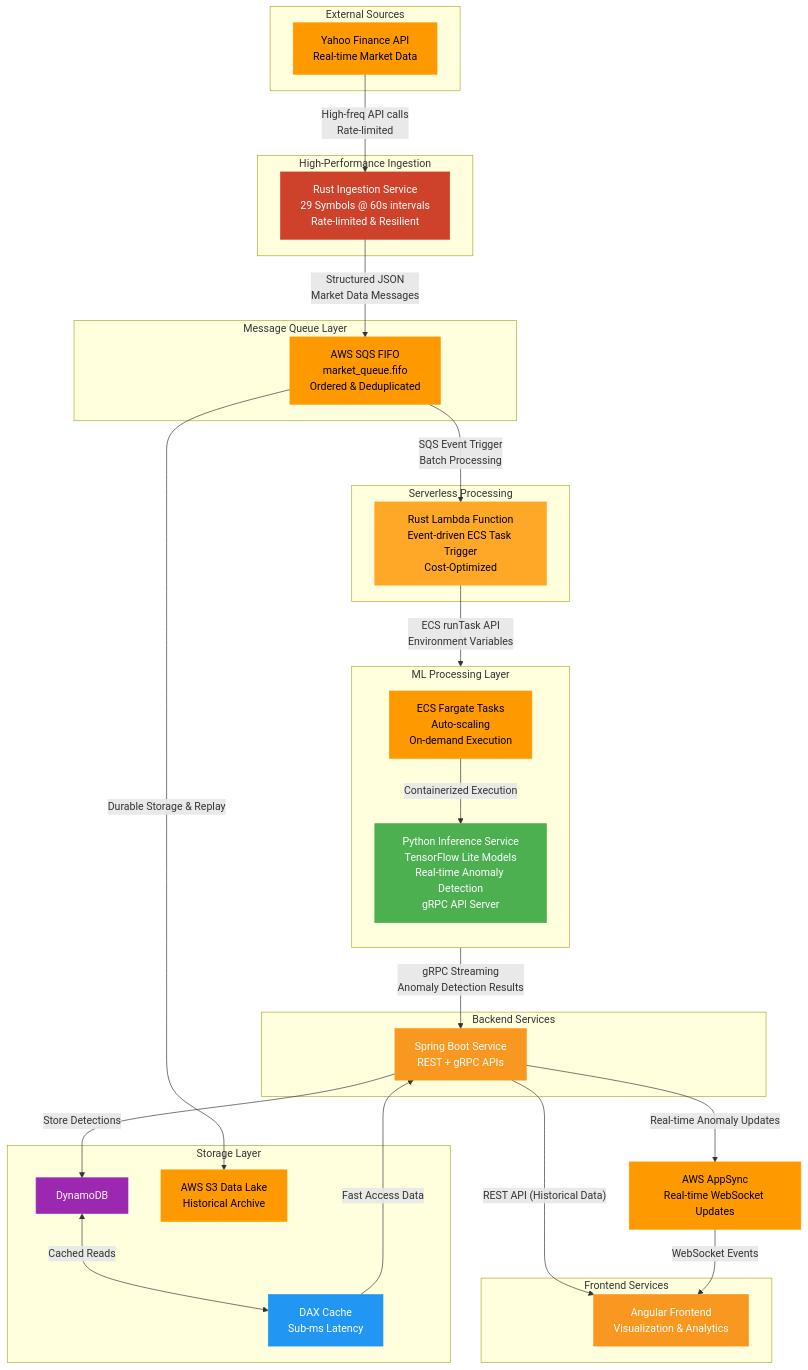
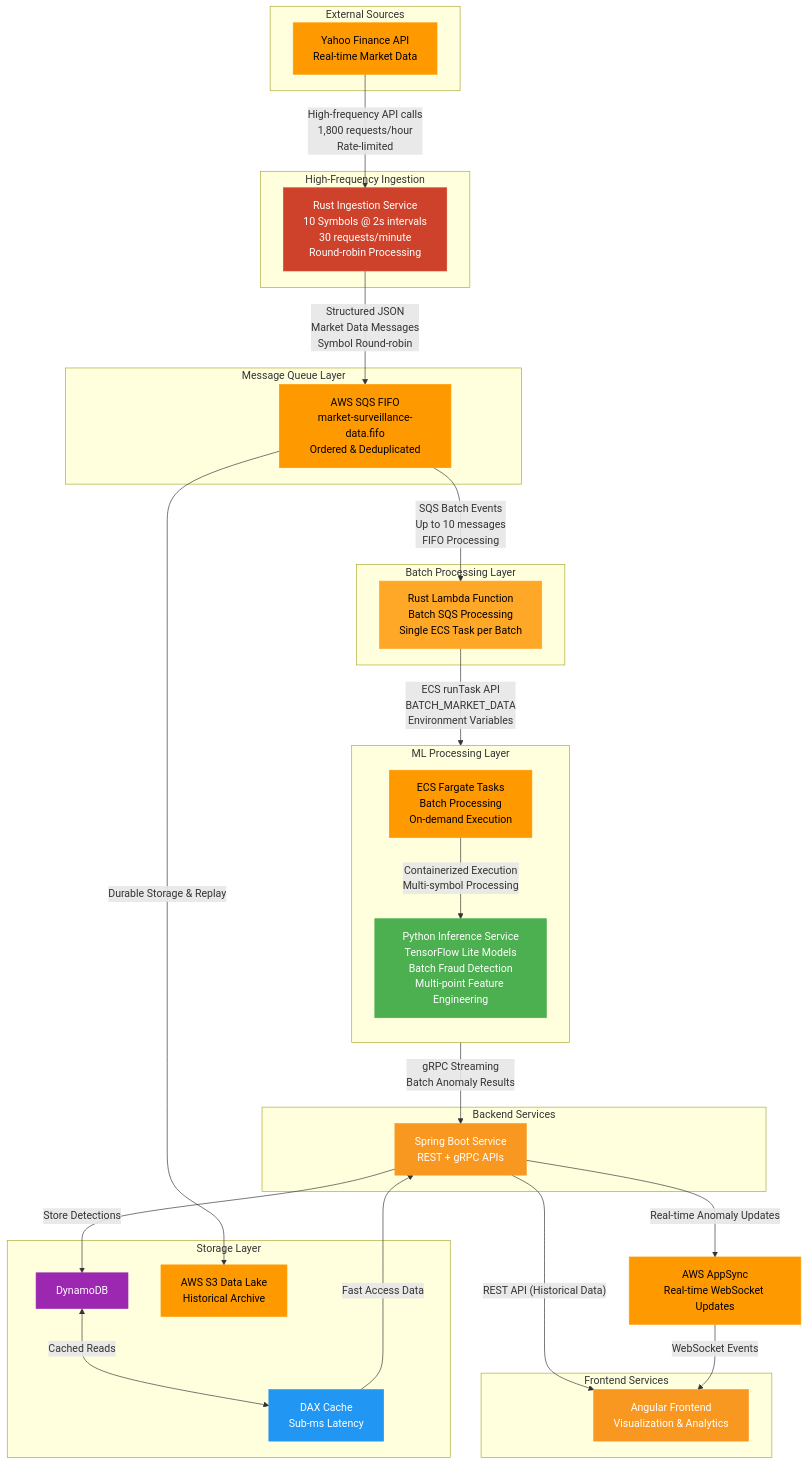
Before and after one commit to A-KGeorge/real-time-market-fraud-detector: the diagram in README.md, drawn with Mermaid. The commit also changed other lines of this file and 17 other files, not shown here.

First line of the commit message:
feat(lambda): Add Docker build scripts for Rust Lambda function

```diff
--- a/README.md
+++ b/README.md
@@ -23,25 +23,25 @@
 end
 
 %% INGESTION
-subgraph Ingestion["High-Performance Ingestion"]
-RUST[Rust Ingestion Service<br/>29 Symbols @ 60s intervals<br/>Rate-limited & Resilient]:::rust
+subgraph Ingestion["High-Frequency Ingestion"]
+RUST[Rust Ingestion Service<br/>10 Symbols @ 2s intervals<br/>30 requests/minute<br/>Round-robin Processing]:::rust
 end
 
 %% QUEUE LAYER
 subgraph Queue["Message Queue Layer"]
-SQS[AWS SQS FIFO<br/>market_queue.fifo<br/>Ordered & Deduplicated]:::aws
+SQS[AWS SQS FIFO<br/>market-surveillance-data.fifo<br/>Ordered & Deduplicated]:::aws
 end
 
 %% LAMBDA LAYER
-subgraph Lambda["Serverless Processing"]
-LAMBDA[Rust Lambda Function<br/>Event-driven ECS Task Trigger<br/>Cost-Optimized]:::lambda
+subgraph Lambda["Batch Processing Layer"]
+LAMBDA[Rust Lambda Function<br/>Batch SQS Processing<br/>Single ECS Task per Batch]:::lambda
 end
 
 %% PROCESSING
 subgraph Processing["ML Processing Layer"]
 direction TB
-PYTHON[Python Inference Service<br/>TensorFlow Lite Models<br/>Real-time Anomaly Detection<br/>gRPC API Server]:::python
-ECS[ECS Fargate Tasks<br/>Auto-scaling<br/>On-demand Execution]:::aws
+PYTHON[Python Inference Service<br/>TensorFlow Lite Models<br/>Batch Fraud Detection<br/>Multi-point Feature Engineering]:::python
+ECS[ECS Fargate Tasks<br/>Batch Processing<br/>On-demand Execution]:::aws
 end
 
 %% STORAGE
@@ -65,25 +65,25 @@
 
 %% FLOW CONNECTIONS
 %% High-frequency ingestion
-YAHOO -->|"High-freq API calls<br/>Rate-limited"| RUST
+YAHOO -->|"High-frequency API calls<br/>1,800 requests/hour<br/>Rate-limited"| RUST
 
 %% Rust to SQS
-RUST -->|"Structured JSON<br/>Market Data Messages"| SQS
+RUST -->|"Structured JSON<br/>Market Data Messages<br/>Symbol Round-robin"| SQS
 
 %% Cold Path - Historical Storage
 SQS -->|"Durable Storage & Replay"| S3
 
-%% SQS to Lambda (Event-driven)
-SQS -->|"SQS Event Trigger<br/>Batch Processing"| LAMBDA
+%% SQS to Lambda (Batch Event-driven)
+SQS -->|"SQS Batch Events<br/>Up to 10 messages<br/>FIFO Processing"| LAMBDA
 
-%% Lambda triggers ECS tasks
-LAMBDA -->|"ECS runTask API<br/>Environment Variables"| ECS
+%% Lambda triggers single ECS task for batch
+LAMBDA -->|"ECS runTask API<br/>BATCH_MARKET_DATA<br/>Environment Variables"| ECS
 
-%% ECS runs Python inference
-ECS -->|"Containerized Execution"| PYTHON
+%% ECS runs Python batch inference
+ECS -->|"Containerized Execution<br/>Multi-symbol Processing"| PYTHON
 
 %% ML to Backend
-PYTHON -->|"gRPC Streaming<br/>Anomaly Detection Results"| SB
+PYTHON -->|"gRPC Streaming<br/>Batch Anomaly Results"| SB
 
 %% Backend to DB
 SB -->|"Store Detections"| DD
```
